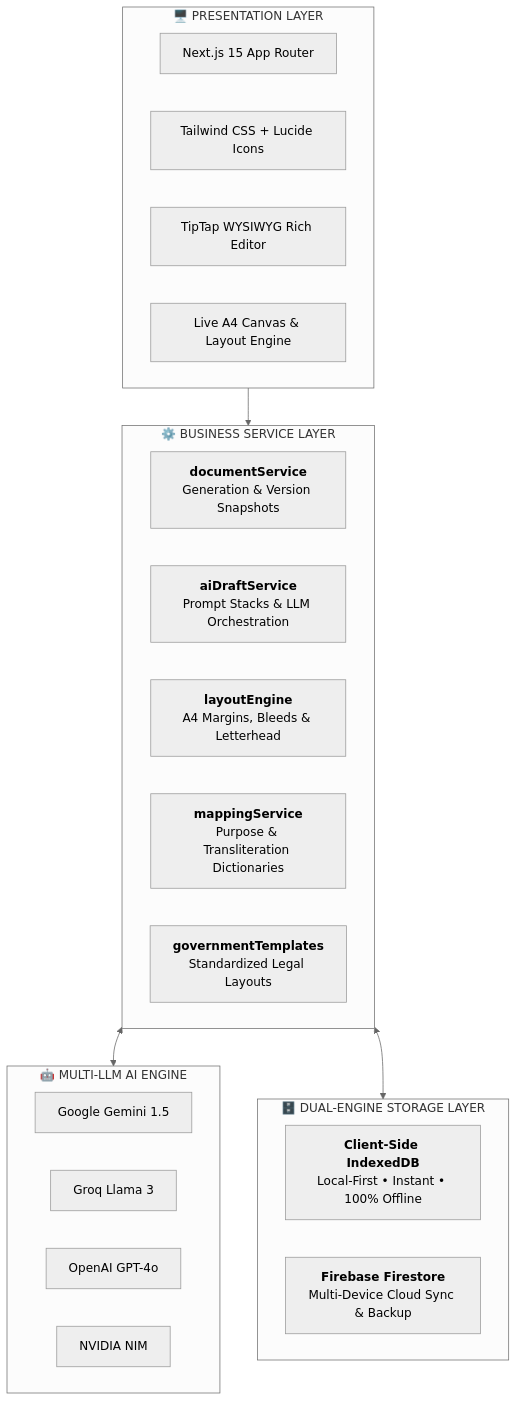
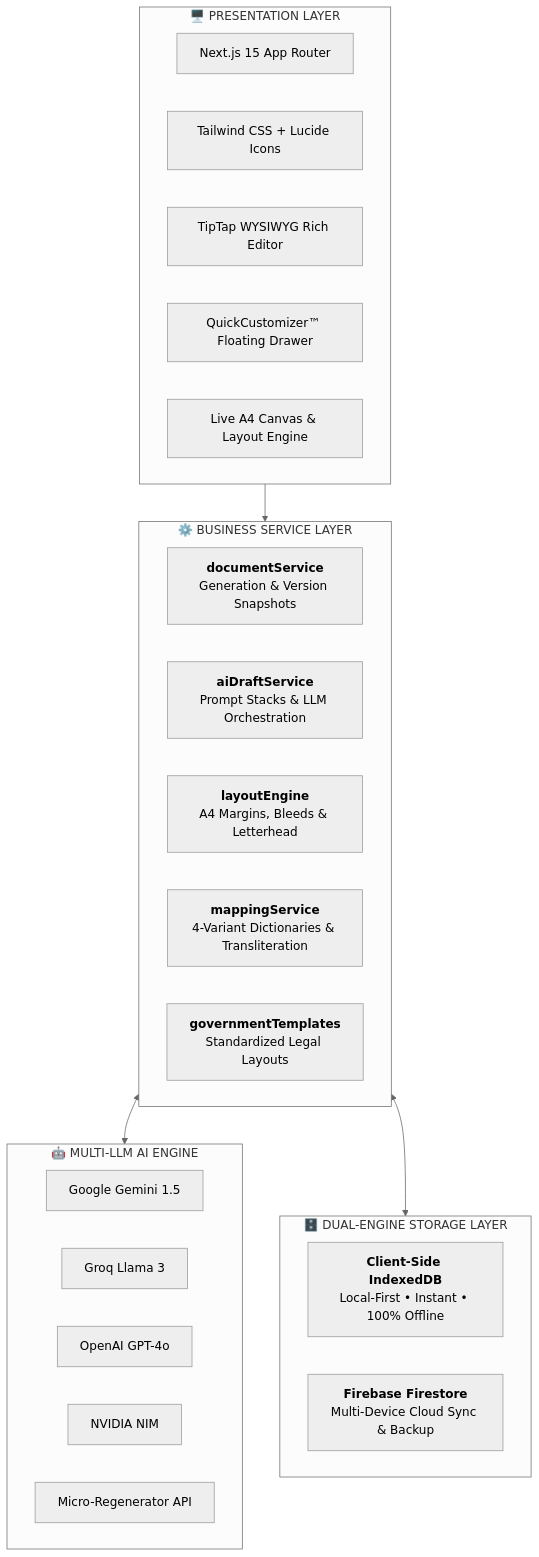
Before and after one commit to Magraa/TenderFlow-AI: the third of 6 diagrams in README.md, drawn with Mermaid (neutral theme). The commit also changed other lines of this file and 14 other files, not shown here.

Commit message:
feat: add QuickCustomizer drawer, smart product autocomplete, 4-tier transliteration dictionaries & update README

````diff
--- a/README.md
+++ b/README.md
@@ -152,33 +170,35 @@
 ```mermaid
 graph TB
     subgraph UI ["🖥️ PRESENTATION LAYER"]
         P1["Next.js 15 App Router"]
         P2["Tailwind CSS + Lucide Icons"]
         P3["TipTap WYSIWYG Rich Editor"]
-        P4["Live A4 Canvas & Layout Engine"]
+        P4["QuickCustomizer™ Floating Drawer"]
+        P5["Live A4 Canvas & Layout Engine"]
     end
 
     subgraph SERVICES ["⚙️ BUSINESS SERVICE LAYER"]
         S1["<b>documentService</b><br/>Generation & Version Snapshots"]
         S2["<b>aiDraftService</b><br/>Prompt Stacks & LLM Orchestration"]
         S3["<b>layoutEngine</b><br/>A4 Margins, Bleeds & Letterhead"]
-        S4["<b>mappingService</b><br/>Purpose & Transliteration Dictionaries"]
+        S4["<b>mappingService</b><br/>4-Variant Dictionaries & Transliteration"]
         S5["<b>governmentTemplates</b><br/>Standardized Legal Layouts"]
     end
 
     subgraph AI_LAYER ["🤖 MULTI-LLM AI ENGINE"]
         A1["Google Gemini 1.5"]
         A2["Groq Llama 3"]
         A3["OpenAI GPT-4o"]
         A4["NVIDIA NIM"]
+        A5["Micro-Regenerator API"]
     end
 
     subgraph STORAGE ["🗄️ DUAL-ENGINE STORAGE LAYER"]
         DB1["<b>Client-Side IndexedDB</b><br/>Local-First • Instant • 100% Offline"]
         DB2["<b>Firebase Firestore</b><br/>Multi-Device Cloud Sync & Backup"]
     end
 
     UI --> SERVICES
     SERVICES <--> AI_LAYER
     SERVICES <--> STORAGE
 ```
````
